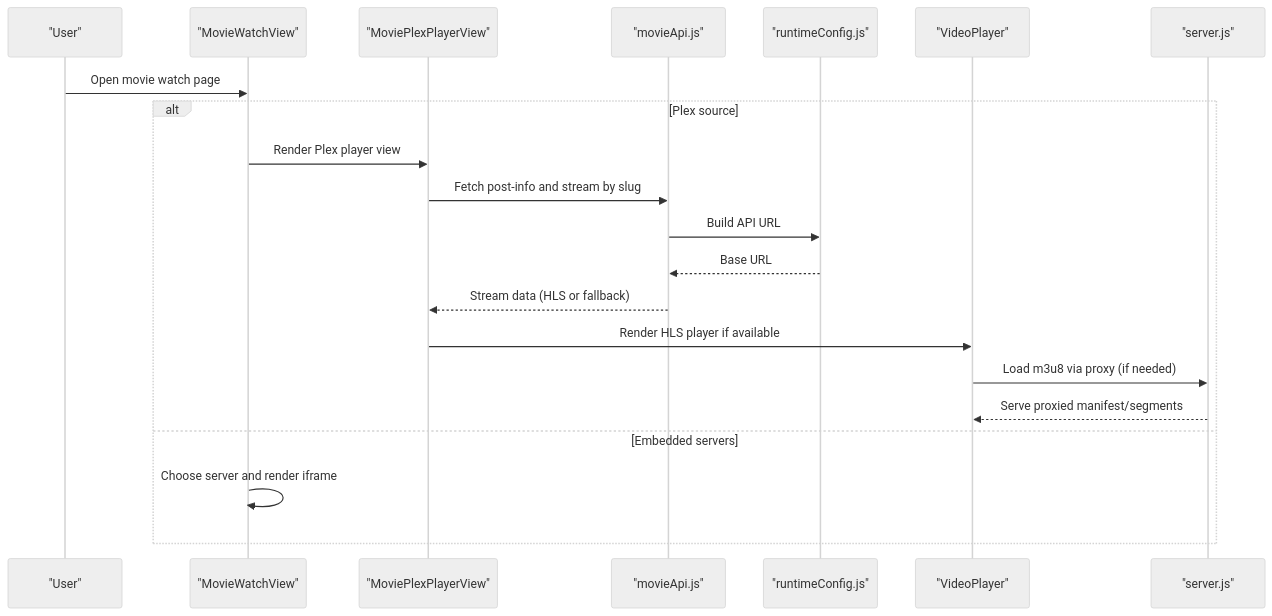
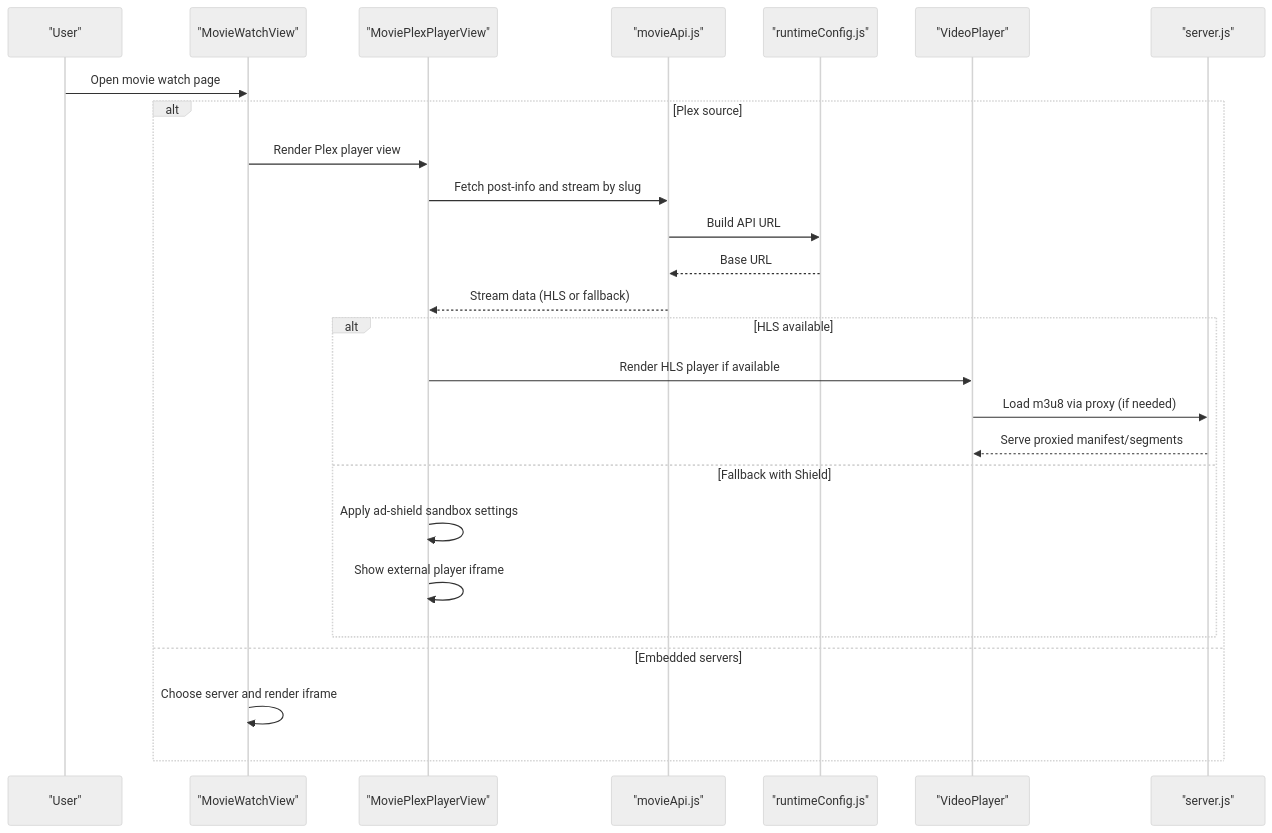
One commit to techniciansupremus-lab/Project-Anime changed the second of 9 diagrams in .qoder/repowiki/en/content/Content Management/Movie Collection/Movie Watch View.md. Above: the diagram before and after it, drawn with Mermaid (neutral theme). The commit also changed other lines of this file and 101 other files, not shown here.

````diff
--- a/.qoder/repowiki/en/content/Content Management/Movie Collection/Movie Watch View.md
+++ b/.qoder/repowiki/en/content/Content Management/Movie Collection/Movie Watch View.md
@@ -89,23 +101,28 @@
 ```mermaid
 sequenceDiagram
 participant U as "User"
 participant MWV as "MovieWatchView"
 participant MPV as "MoviePlexPlayerView"
 participant API as "movieApi.js"
 participant RC as "runtimeConfig.js"
 participant VP as "VideoPlayer"
 participant S as "server.js"
 U->>MWV : Open movie watch page
 alt Plex source
 MWV->>MPV : Render Plex player view
 MPV->>API : Fetch post-info and stream by slug
 API->>RC : Build API URL
 RC-->>API : Base URL
 API-->>MPV : Stream data (HLS or fallback)
+alt HLS available
 MPV->>VP : Render HLS player if available
 VP->>S : Load m3u8 via proxy (if needed)
 S-->>VP : Serve proxied manifest/segments
+else Fallback with Shield
+MPV->>MPV : Apply ad-shield sandbox settings
+MPV->>MPV : Show external player iframe
+end
 else Embedded servers
 MWV->>MWV : Choose server and render iframe
 end
 ```
````
